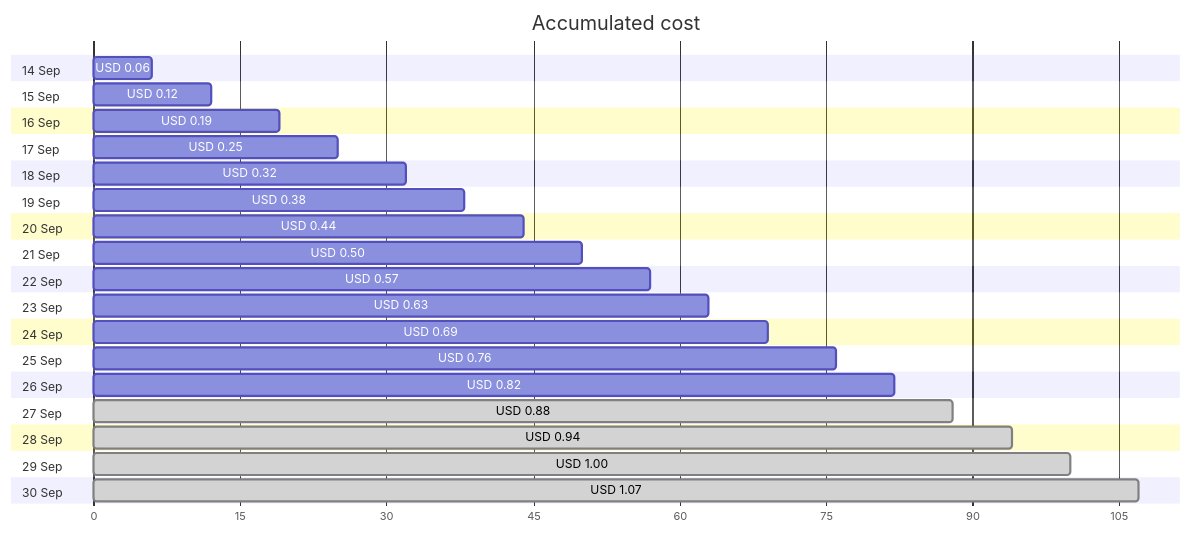
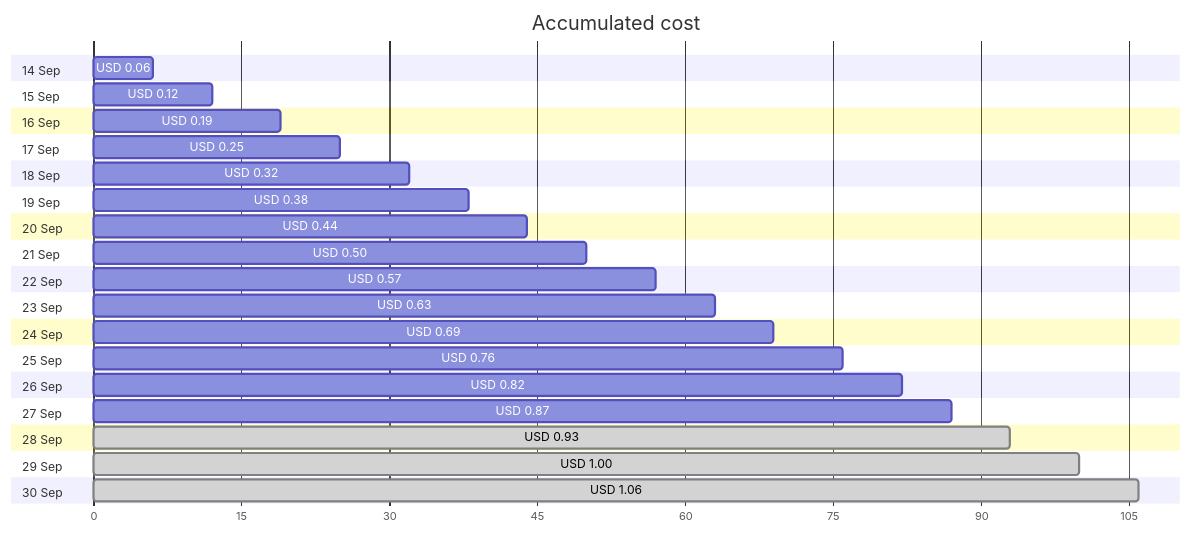
One commit to jpfulton/azure-personal-reports changed the first of 4 diagrams in cost-reports/personal-network/backup-server_OsDisk.md. Above: the diagram before and after it, drawn with Mermaid. The commit also changed other lines of this file and 9 other files, not shown here.

````diff
--- a/cost-reports/personal-network/backup-server_OsDisk.md
+++ b/cost-reports/personal-network/backup-server_OsDisk.md
@@ -20,40 +20,40 @@
 ```mermaid
 gantt
    title Accumulated cost
    dateFormat  X
    axisFormat %s
    section 14 Sep
    USD 0.06 :0, 6
    section 15 Sep
    USD 0.12 :0, 12
    section 16 Sep
    USD 0.19 :0, 19
    section 17 Sep
    USD 0.25 :0, 25
    section 18 Sep
    USD 0.32 :0, 32
    section 19 Sep
    USD 0.38 :0, 38
    section 20 Sep
    USD 0.44 :0, 44
    section 21 Sep
    USD 0.50 :0, 50
    section 22 Sep
    USD 0.57 :0, 57
    section 23 Sep
    USD 0.63 :0, 63
    section 24 Sep
    USD 0.69 :0, 69
    section 25 Sep
    USD 0.76 :0, 76
    section 26 Sep
    USD 0.82 :0, 82
    section 27 Sep
-   USD 0.88 : done, 0, 88
+   USD 0.87 :0, 87
    section 28 Sep
-   USD 0.94 : done, 0, 94
+   USD 0.93 : done, 0, 93
    section 29 Sep
    USD 1.00 : done, 0, 100
    section 30 Sep
-   USD 1.07 : done, 0, 107
+   USD 1.06 : done, 0, 106
 ```
````
